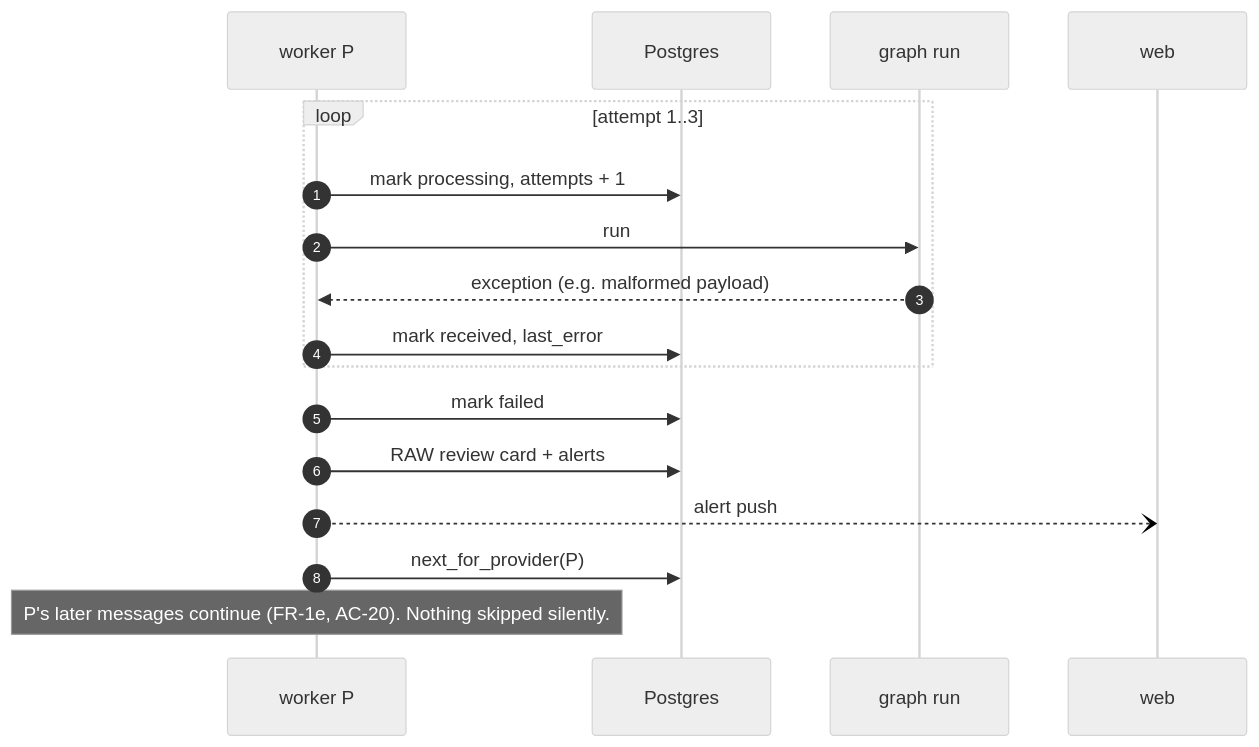
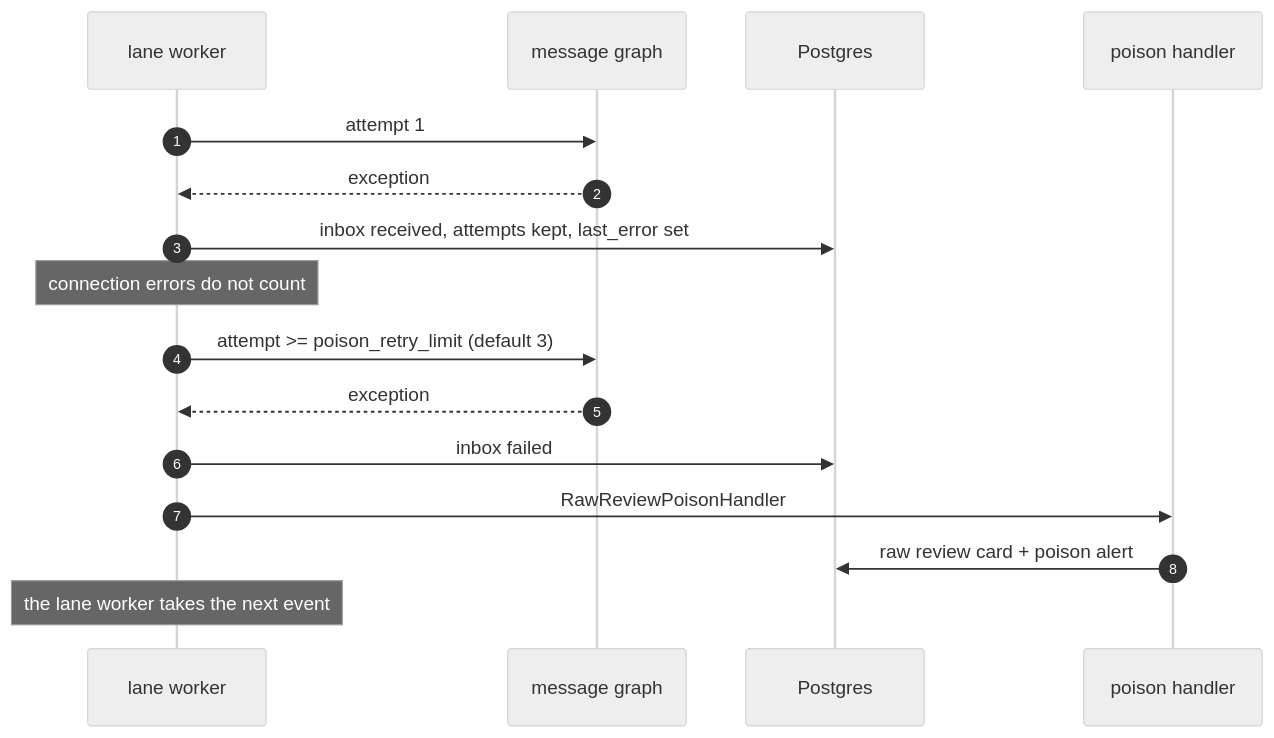
One commit to idolrun/trading-agent changed diagram 12 of 12 in docs/diagrams/06-sequence-diagrams.md. Above: the diagram before and after it, drawn with Mermaid (neutral theme). The commit also changed other lines of this file and 131 other files, not shown here.

First line of the commit message:
docs: update architecture and data flow diagrams for clarity and consistency

````diff
--- a/docs/diagrams/06-sequence-diagrams.md
+++ b/docs/diagrams/06-sequence-diagrams.md
@@ -498,20 +341,19 @@
 ```mermaid
 sequenceDiagram
     autonumber
-    participant WP as worker P
+    participant WP as lane worker
+    participant G as message graph
     participant DB as Postgres
-    participant G as graph run
-    participant W as web
+    participant P as poison handler
 
-    loop attempt 1..3
-        WP->>DB: mark processing, attempts + 1
-        WP->>G: run
-        G-->>WP: exception (e.g. malformed payload)
-        WP->>DB: mark received, last_error
-    end
-    WP->>DB: mark failed
-    WP->>DB: RAW review card + alerts
-    WP--)W: alert push
-    WP->>DB: next_for_provider(P)
-    Note over WP: P's later messages continue (FR-1e, AC-20). Nothing skipped silently.
+    WP->>G: attempt 1
+    G-->>WP: exception
+    WP->>DB: inbox received, attempts kept, last_error set
+    Note over WP: connection errors do not count
+    WP->>G: attempt >= poison_retry_limit (default 3)
+    G-->>WP: exception
+    WP->>DB: inbox failed
+    WP->>P: RawReviewPoisonHandler
+    P->>DB: raw review card + poison alert
+    Note over WP: the lane worker takes the next event
 ```
````
